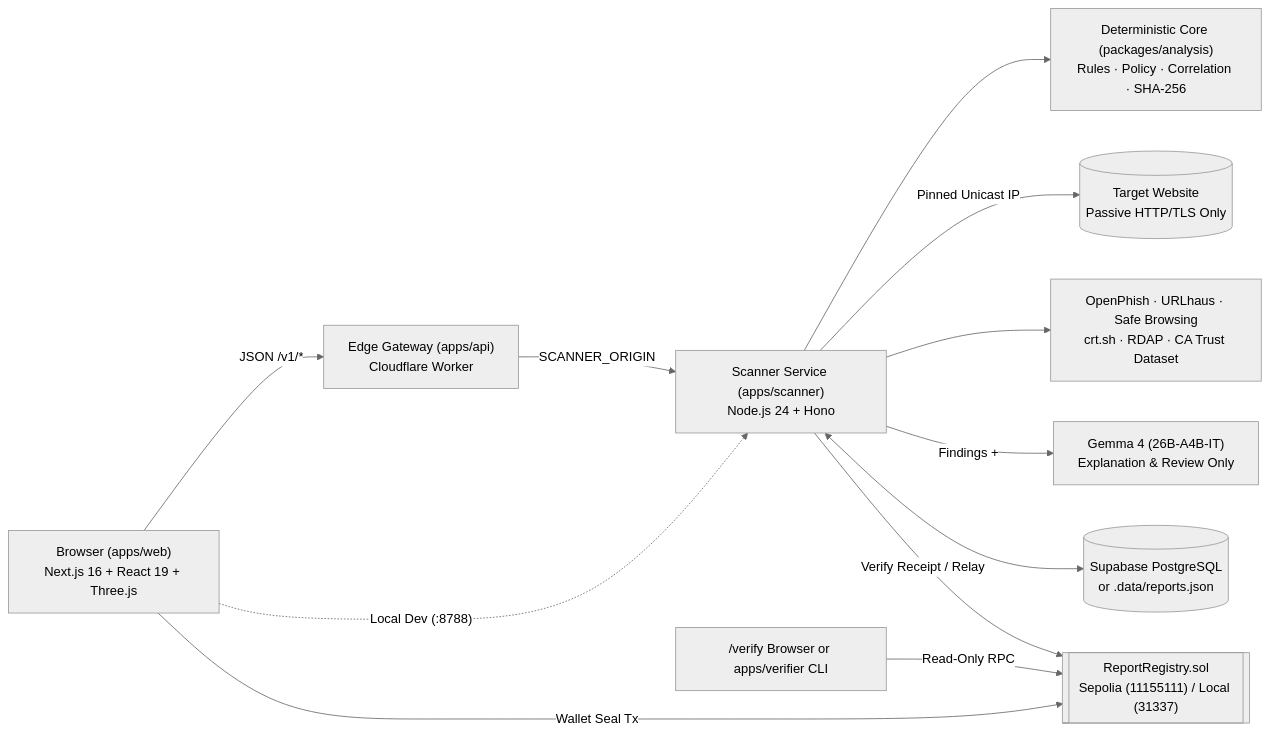
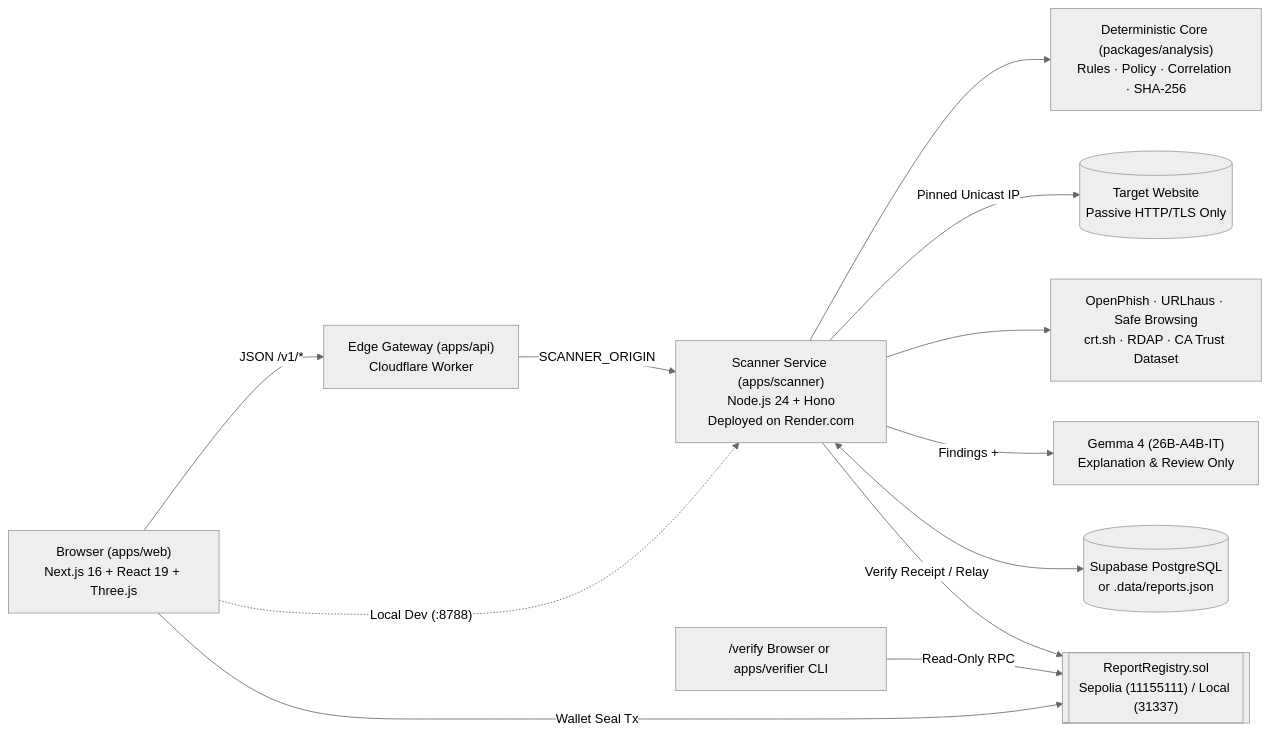
One commit to nonsense3/Veriq changed the diagram in README.md. Above: the diagram before and after it, drawn with Mermaid (neutral theme). The commit also changed other lines of this file, not shown here.

````diff
--- a/README.md
+++ b/README.md
@@ -201,14 +202,14 @@
 ```mermaid
 flowchart LR
     U["Browser (apps/web)<br/>Next.js 16 + React 19 + Three.js"] -->|"JSON /v1/*"| GW["Edge Gateway (apps/api)<br/>Cloudflare Worker"]
     U -.->|"Local Dev (:8788)"| SC
-    GW -->|"SCANNER_ORIGIN"| SC["Scanner Service (apps/scanner)<br/>Node.js 24 + Hono"]
+    GW -->|"SCANNER_ORIGIN"| SC["Scanner Service (apps/scanner)<br/>Node.js 24 + Hono<br/>Deployed on Render.com"]
     SC --> AN["Deterministic Core (packages/analysis)<br/>Rules · Policy · Correlation · SHA-256"]
     SC -->|"Pinned Unicast IP"| T[("Target Website<br/>Passive HTTP/TLS Only")]
     SC --> INTEL["OpenPhish · URLhaus · Safe Browsing<br/>crt.sh · RDAP · CA Trust Dataset"]
     SC -->|"Findings + <untrusted_content>"| AI["Gemma 4 (26B-A4B-IT)<br/>Explanation & Review Only"]
     SC <--> DB[("Supabase PostgreSQL<br/>or .data/reports.json")]
     U -->|"Wallet Seal Tx"| CHAIN[["ReportRegistry.sol<br/>Sepolia (11155111) / Local (31337)"]]
     SC -->|"Verify Receipt / Relay"| CHAIN
     V["/verify Browser or apps/verifier CLI"] -->|"Read-Only RPC"| CHAIN
 ```
````
